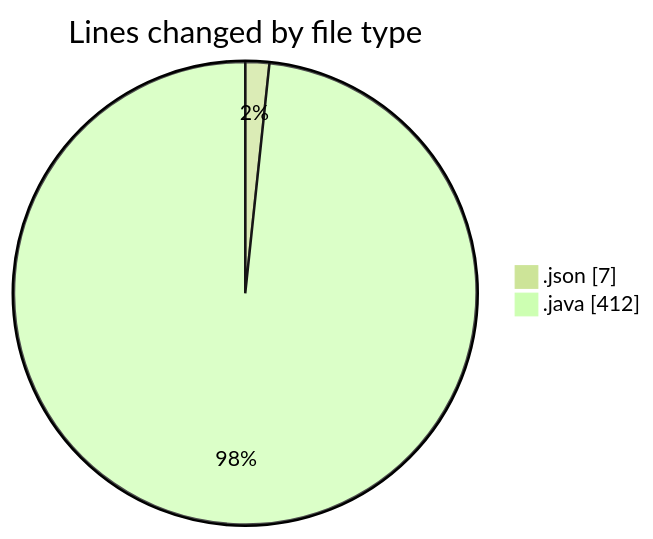
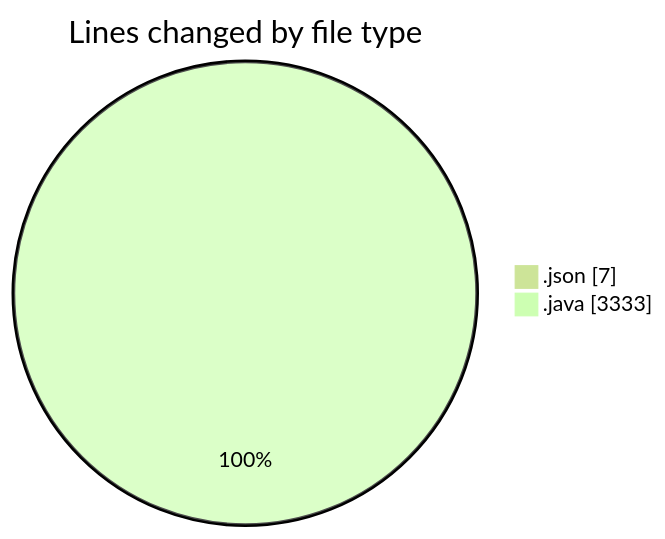
One commit to ricardozamudiocil/code-tracking changed the first of 2 diagrams in 2026-02-25/cilapp/README.md. Above: the diagram before and after it, drawn with Mermaid (forest theme). The commit also changed other lines of this file and 1 other file, not shown here.

````diff
--- a/2026-02-25/cilapp/README.md
+++ b/2026-02-25/cilapp/README.md
@@ -23,6 +24,6 @@
 ```mermaid
 pie showData
 title Lines changed by file type
 ".json" : 7
-".java" : 412
+".java" : 3333
 ```
````
